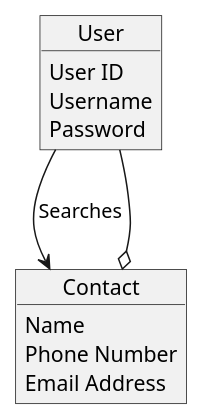
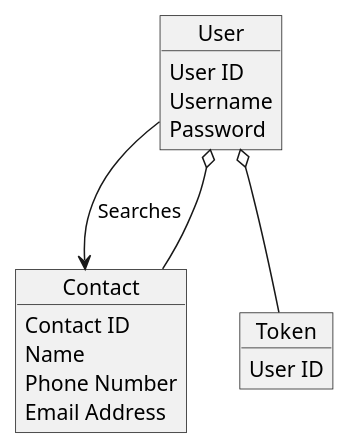
The diagram in uml/entity-relationship.puml (ethandrzb/ContactManager), drawn with PlantUML before and after one commit.

Commit message:
Add access token to ERD and switch up some arrows to be pointing the correct direction

```diff
--- a/uml/entity-relationship.puml
+++ b/uml/entity-relationship.puml
@@ -1,18 +1,24 @@
 @startuml
 
 object Contact {
+    Contact ID
     Name
     Phone Number
     Email Address
 }
 
 object User {
     User ID
     Username
     Password
 }
 
+object Token {
+    User ID
+}
+
 User --> Contact : Searches
-User --o Contact
+User o-- Contact
+User o-- Token
 
 @enduml
```
